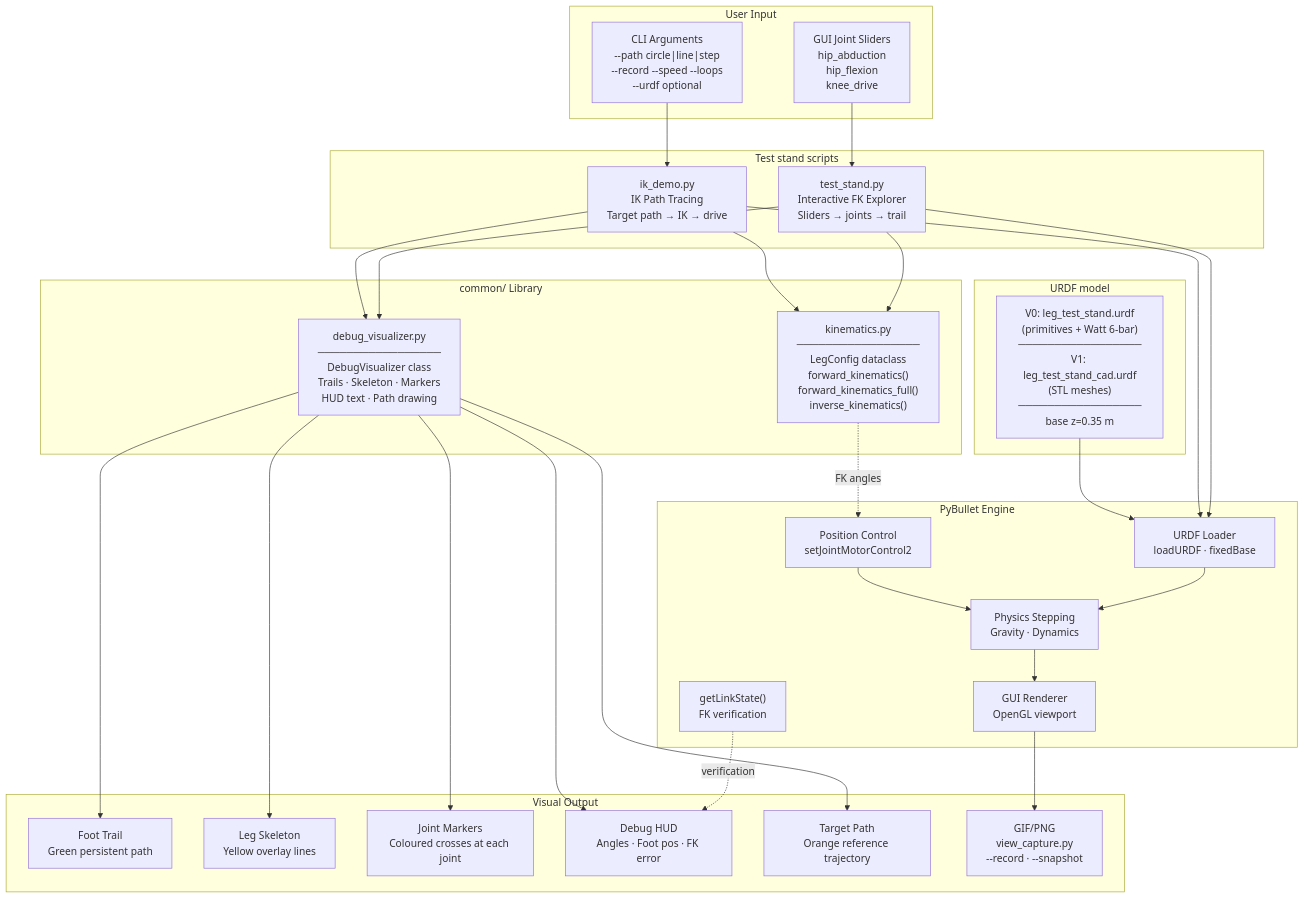
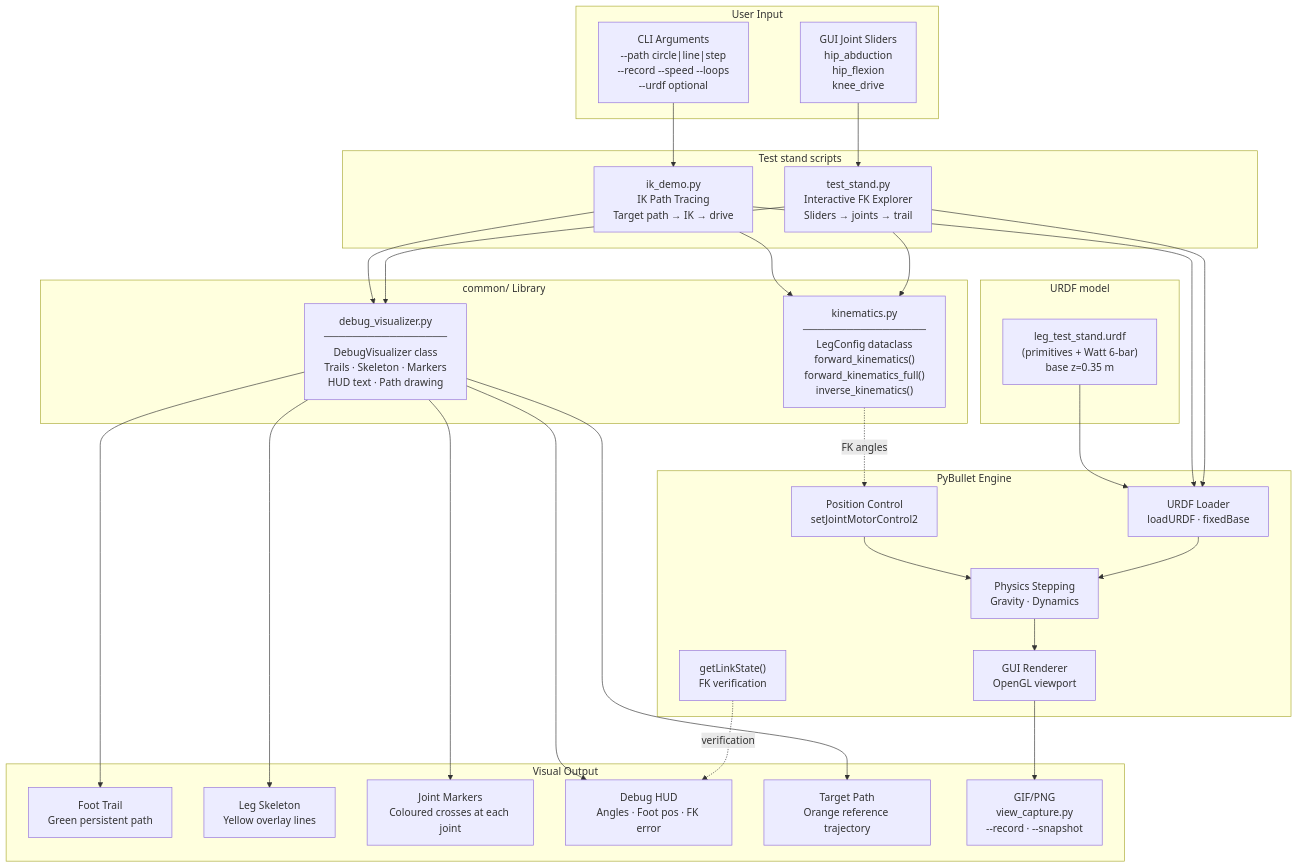
The second of 5 diagrams in README.md (rubencg195/pybullet-robot-dog), drawn with Mermaid before and after one commit. The commit also changed other lines of this file, not shown here.

First line of the commit message:
Docs: clarify V1 is CAD-only, V0 is the working sim

````diff
--- a/README.md
+++ b/README.md
@@ -92,59 +92,59 @@
 ```mermaid
 flowchart TB
   subgraph user["User Input"]
     SLIDERS["GUI Joint Sliders\nhip_abduction\nhip_flexion\nknee_drive"]
     CLI["CLI Arguments\n--path circle|line|step\n--record  --speed  --loops\n--urdf optional"]
   end
 
   subgraph scripts["Test stand scripts"]
     TS["test_stand.py\nInteractive FK Explorer\nSliders → joints → trail"]
     IK["ik_demo.py\nIK Path Tracing\nTarget path → IK → drive"]
   end
 
   subgraph common_lib["common/ Library"]
     KIN["kinematics.py\n─────────────────\nLegConfig dataclass\nforward_kinematics()\nforward_kinematics_full()\ninverse_kinematics()"]
     VIZ["debug_visualizer.py\n─────────────────\nDebugVisualizer class\nTrails · Skeleton · Markers\nHUD text · Path drawing"]
   end
 
   subgraph model["URDF model"]
-    URDF["V0: leg_test_stand.urdf\n(primitives + Watt 6-bar)\n─────────────────\nV1: leg_test_stand_cad.urdf\n(STL meshes)\n─────────────────\nbase z=0.35 m"]
+    URDF["leg_test_stand.urdf\n(primitives + Watt 6-bar)\nbase z=0.35 m"]
   end
 
   subgraph engine["PyBullet Engine"]
     LOADER["URDF Loader\nloadURDF · fixedBase"]
     CTRL["Position Control\nsetJointMotorControl2"]
     PHYS["Physics Stepping\nGravity · Dynamics"]
     RENDER["GUI Renderer\nOpenGL viewport"]
     PBFK["getLinkState()\nFK verification"]
   end
 
   subgraph output["Visual Output"]
     TRAIL["Foot Trail\nGreen persistent path"]
     SKEL["Leg Skeleton\nYellow overlay lines"]
     MARKERS["Joint Markers\nColoured crosses at each joint"]
     HUD["Debug HUD\nAngles · Foot pos · FK error"]
     TARGET["Target Path\nOrange reference trajectory"]
     GIF["GIF/PNG\nview_capture.py\n--record · --snapshot"]
   end
 
   SLIDERS --> TS
   CLI --> IK
   TS --> KIN
   TS --> VIZ
   IK --> KIN
   IK --> VIZ
   TS --> LOADER
   IK --> LOADER
   URDF --> LOADER
   LOADER --> PHYS
   KIN -.->|"FK angles"| CTRL
   CTRL --> PHYS
   PHYS --> RENDER
   PBFK -.->|"verification"| HUD
   VIZ --> TRAIL
   VIZ --> SKEL
   VIZ --> MARKERS
   VIZ --> HUD
   VIZ --> TARGET
   RENDER --> GIF
 ```
````
